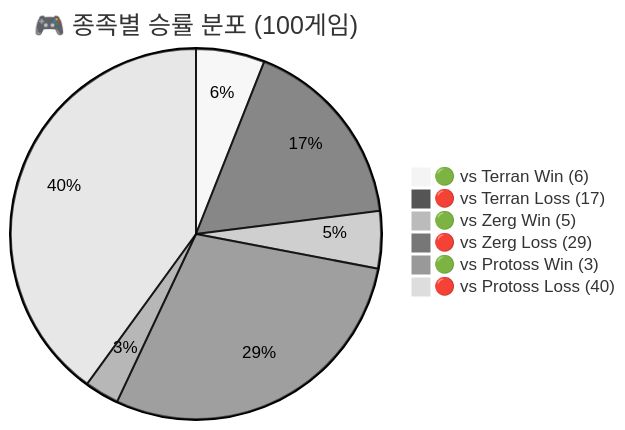
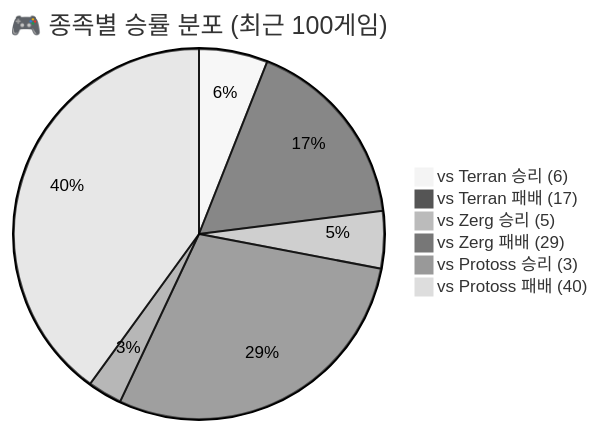
Before and after one commit to sun475300-sudo/Swarm-control-in-sc2bot: the first of 29 diagrams in README.md, drawn with Mermaid (neutral theme). The commit also changed other lines of this file, not shown here.

````diff
--- a/README.md
+++ b/README.md
@@ -60,9 +82,9 @@
 ```mermaid
-pie title 🎮 종족별 승률 분포 (100게임)
-    "🟢 vs Terran Win (6)" : 6
-    "🔴 vs Terran Loss (17)" : 17
-    "🟢 vs Zerg Win (5)" : 5
-    "🔴 vs Zerg Loss (29)" : 29
-    "🟢 vs Protoss Win (3)" : 3
-    "🔴 vs Protoss Loss (40)" : 40
+pie title 🎮 종족별 승률 분포 (최근 100게임)
+    "vs Terran 승리 (6)" : 6
+    "vs Terran 패배 (17)" : 17
+    "vs Zerg 승리 (5)" : 5
+    "vs Zerg 패배 (29)" : 29
+    "vs Protoss 승리 (3)" : 3
+    "vs Protoss 패배 (40)" : 40
 ```
````
